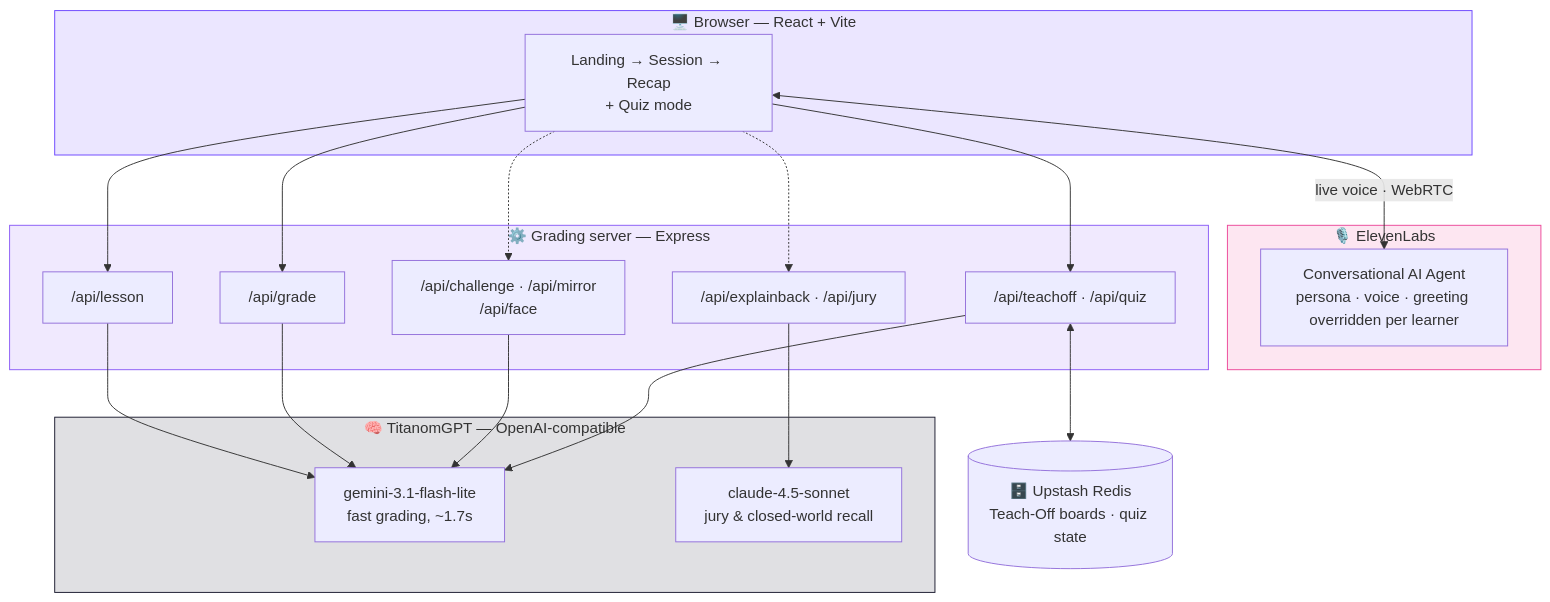
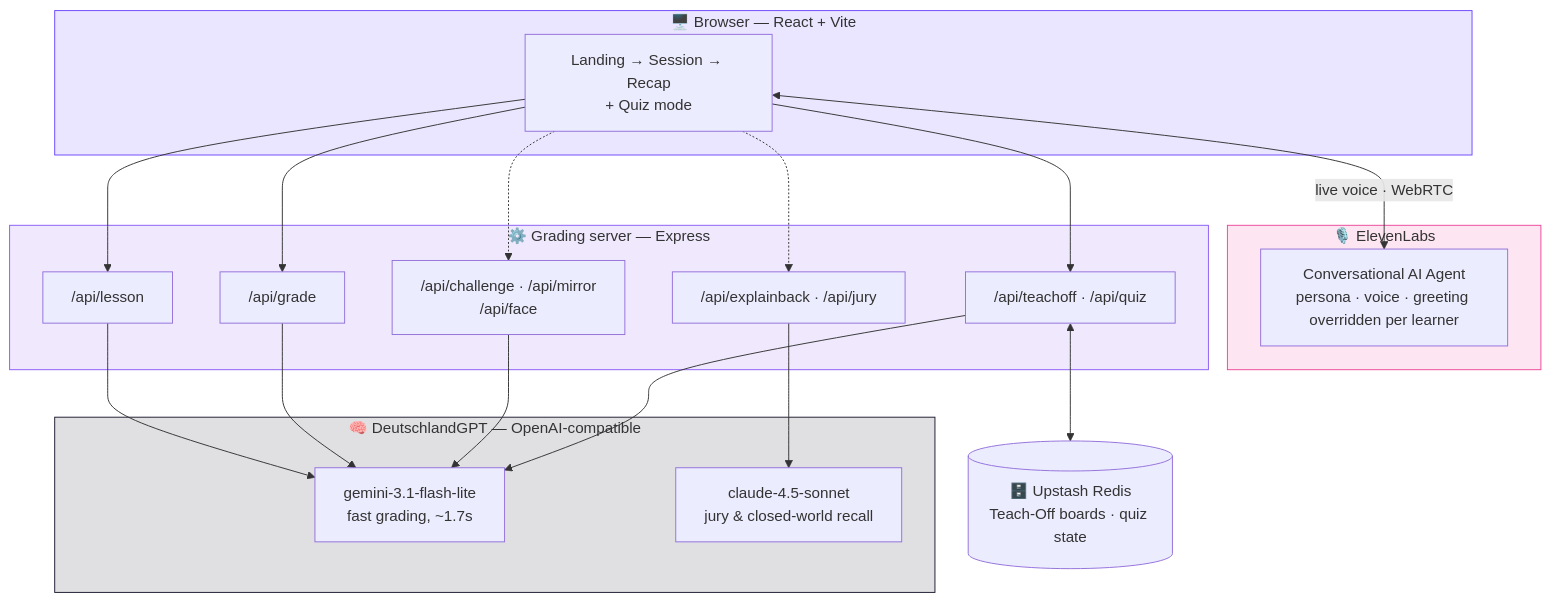
One commit to Prethe21/Teach-it-to-Grandma changed the second of 3 diagrams in README.md. Above: the diagram before and after it, drawn with Mermaid. The commit also changed other lines of this file, not shown here.

Commit message:
Rebrand model provider references from TitanomGPT to DeutschlandGPT

````diff
--- a/README.md
+++ b/README.md
@@ -103,38 +103,38 @@
 ```mermaid
 flowchart TB
     subgraph client["🖥️ Browser — React + Vite"]
         UI["Landing → Session → Recap<br/>+ Quiz mode"]
     end
 
     subgraph voice["🎙️ ElevenLabs"]
         Agent["Conversational AI Agent<br/>persona · voice · greeting overridden per learner"]
     end
 
     subgraph server["⚙️ Grading server — Express"]
         Lesson["/api/lesson"]
         Grade["/api/grade"]
         FastExtra["/api/challenge · /api/mirror<br/>/api/face"]
         DeepExtra["/api/explainback · /api/jury"]
         Multi["/api/teachoff · /api/quiz"]
     end
 
-    subgraph brains["🧠 TitanomGPT — OpenAI-compatible"]
+    subgraph brains["🧠 DeutschlandGPT — OpenAI-compatible"]
         Fast["gemini-3.1-flash-lite<br/>fast grading, ~1.7s"]
         Deep["claude-4.5-sonnet<br/>jury & closed-world recall"]
     end
 
     Redis[("🗄️ Upstash Redis<br/>Teach-Off boards · quiz state")]
 
     UI <-->|"live voice · WebRTC"| Agent
     UI --> Lesson --> Fast
     UI --> Grade --> Fast
     UI -.-> FastExtra --> Fast
     UI -.-> DeepExtra --> Deep
     UI --> Multi --> Fast
     Multi <--> Redis
 
     style client fill:#6C47FF22,stroke:#6C47FF
     style voice fill:#EC489922,stroke:#EC4899
     style server fill:#8B5CF622,stroke:#8B5CF6
     style brains fill:#1a1a2e22,stroke:#1a1a2e
 ```
````
